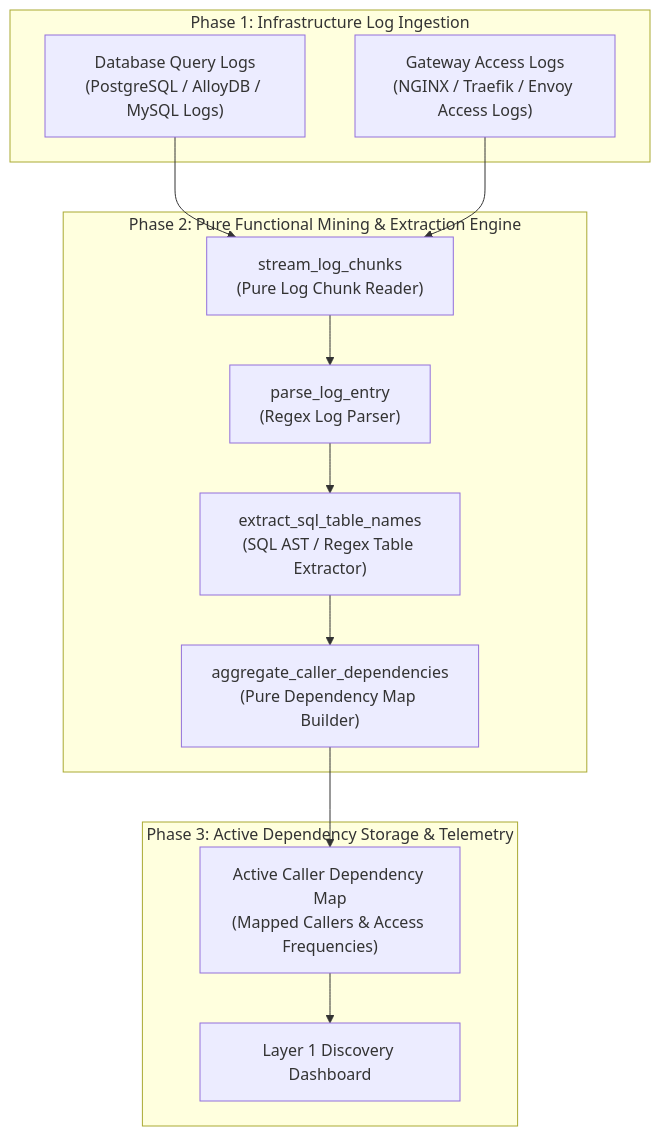
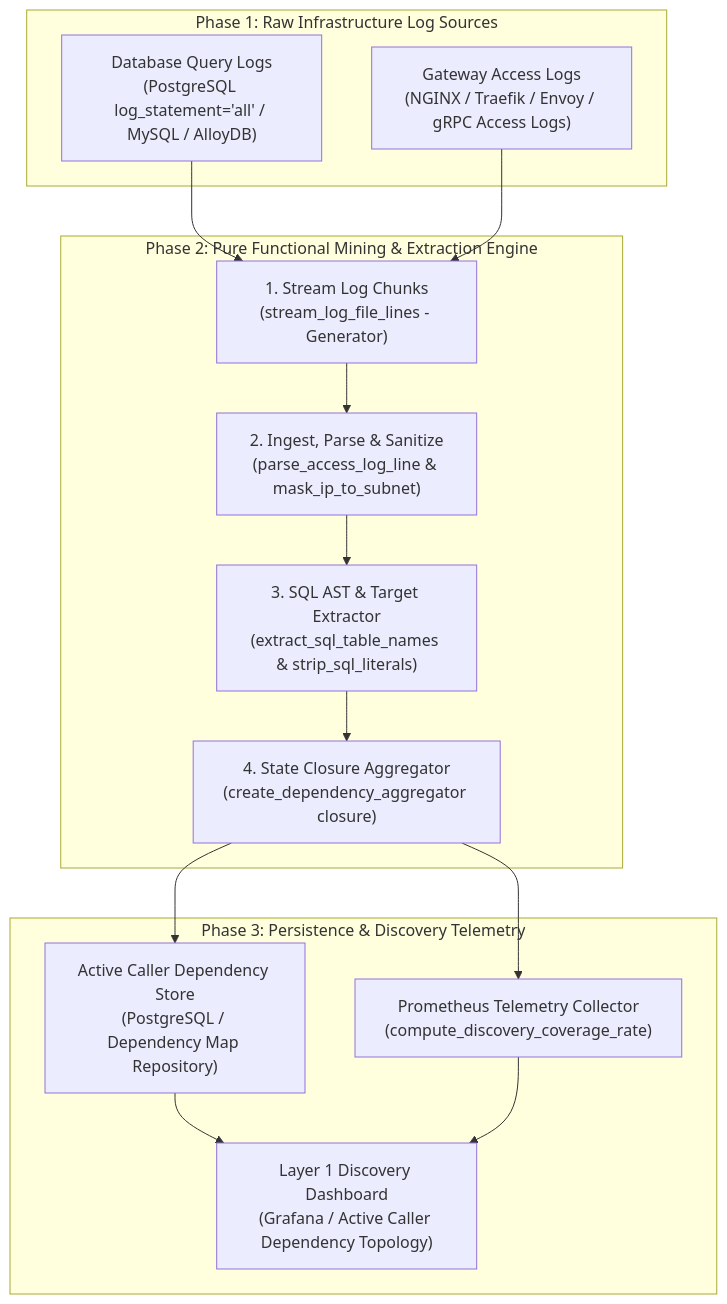
The first of 2 diagrams in notebooks/runbooks/refs/05-dependency-discovery-and-log-mining/query-access-log-mining.md (Chief-Strategist-J/llm-observability-platform), drawn with Mermaid before and after one commit. The commit also changed other lines of this file, not shown here.

Commit message:
docs: update High-Level Design (HLD) with expanded architecture and subsystem responsibilities matrix

````diff
--- a/notebooks/runbooks/refs/05-dependency-discovery-and-log-mining/query-access-log-mining.md
+++ b/notebooks/runbooks/refs/05-dependency-discovery-and-log-mining/query-access-log-mining.md
@@ -54,28 +58,31 @@
 ```mermaid
 flowchart TD
-    subgraph Phase1["Phase 1: Infrastructure Log Ingestion"]
-        DBQueryLogs["Database Query Logs\n(PostgreSQL / AlloyDB / MySQL Logs)"]
-        HTTPAccessLogs["Gateway Access Logs\n(NGINX / Traefik / Envoy Access Logs)"]
+    subgraph RawLogSources["Phase 1: Raw Infrastructure Log Sources"]
+        DBQueryLogs["Database Query Logs\n(PostgreSQL log_statement='all' / MySQL / AlloyDB)"]
+        HTTPAccessLogs["Gateway Access Logs\n(NGINX / Traefik / Envoy / gRPC Access Logs)"]
     end
 
-    subgraph Phase2["Phase 2: Pure Functional Mining & Extraction Engine"]
-        LogStreamer["stream_log_chunks\n(Pure Log Chunk Reader)"]
-        LogParser["parse_log_entry\n(Regex Log Parser)"]
-        SQLExtractor["extract_sql_table_names\n(SQL AST / Regex Table Extractor)"]
-        CallerAggregator["aggregate_caller_dependencies\n(Pure Dependency Map Builder)"]
+    subgraph MiningPipeline["Phase 2: Pure Functional Mining & Extraction Engine"]
+        LogStreamer["1. Stream Log Chunks\n(stream_log_file_lines - Generator)"]
+        LogParser["2. Ingest, Parse & Sanitize\n(parse_access_log_line & mask_ip_to_subnet)"]
+        SQLExtractor["3. SQL AST & Target Extractor\n(extract_sql_table_names & strip_sql_literals)"]
+        CallerAggregator["4. State Closure Aggregator\n(create_dependency_aggregator closure)"]
 
         DBQueryLogs --> LogStreamer
         HTTPAccessLogs --> LogStreamer
         LogStreamer --> LogParser
         LogParser --> SQLExtractor
         SQLExtractor --> CallerAggregator
     end
 
-    subgraph Phase3["Phase 3: Active Dependency Storage & Telemetry"]
-        DependencyStore["Active Caller Dependency Map\n(Mapped Callers & Access Frequencies)"]
-        DiscoveryDashboard["Layer 1 Discovery Dashboard"]
+    subgraph StorageObservability["Phase 3: Persistence & Discovery Telemetry"]
+        DependencyStore["Active Caller Dependency Store\n(PostgreSQL / Dependency Map Repository)"]
+        MetricsCollector["Prometheus Telemetry Collector\n(compute_discovery_coverage_rate)"]
+        DiscoveryDashboard["Layer 1 Discovery Dashboard\n(Grafana / Active Caller Dependency Topology)"]
 
         CallerAggregator --> DependencyStore
+        CallerAggregator --> MetricsCollector
         DependencyStore --> DiscoveryDashboard
+        MetricsCollector --> DiscoveryDashboard
     end
 ```
````
